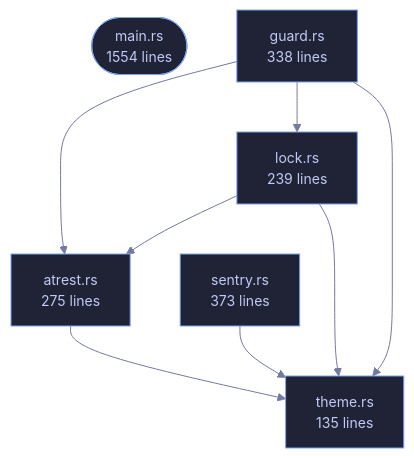
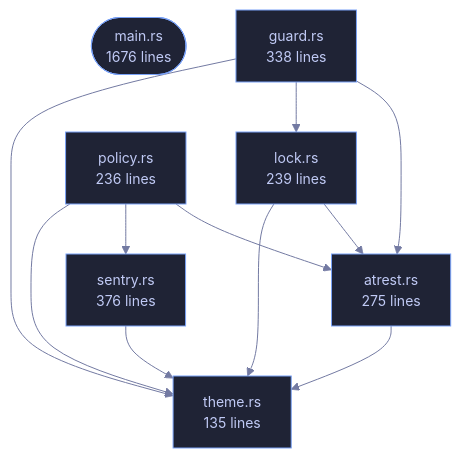
The diagram in wiki/Crate-veilvoice-cli.md (tilas01/veilvoice), drawn with Mermaid before and after one commit. The commit also changed other lines of this file and 68 other files, not shown here.

````diff
--- a/wiki/Crate-veilvoice-cli.md
+++ b/wiki/Crate-veilvoice-cli.md
@@ -75,23 +76,28 @@
 ```mermaid
 %%{init: {"theme":"base","themeVariables":{"background":"#1a1b26","primaryColor":"#1f2335","primaryTextColor":"#c0caf5","primaryBorderColor":"#7aa2f7","secondaryColor":"#16161e","tertiaryColor":"#16161e","lineColor":"#737aa2","textColor":"#c0caf5","mainBkg":"#1f2335","nodeBorder":"#7aa2f7","clusterBkg":"#16161e","clusterBorder":"#2f3549","fontFamily":"ui-monospace, SFMono-Regular, Consolas, monospace","fontSize":"14px"}}}%%
 flowchart TD
-    n_main(["main.rs<br/>1554 lines"])
+    n_main(["main.rs<br/>1676 lines"])
     n_atrest["atrest.rs<br/>275 lines"]
     n_guard["guard.rs<br/>338 lines"]
     n_lock["lock.rs<br/>239 lines"]
-    n_sentry["sentry.rs<br/>373 lines"]
+    n_policy["policy.rs<br/>236 lines"]
+    n_sentry["sentry.rs<br/>376 lines"]
     n_theme["theme.rs<br/>135 lines"]
     n_atrest --> n_theme
     n_guard --> n_atrest
     n_guard --> n_lock
     n_guard --> n_theme
     n_lock --> n_atrest
     n_lock --> n_theme
+    n_policy --> n_atrest
+    n_policy --> n_sentry
+    n_policy --> n_theme
     n_sentry --> n_theme
     click n_main href "https://github.com/tilas01/veilvoice/blob/main/crates/veilvoice-cli/src/main.rs" "open the source"
     click n_atrest href "https://github.com/tilas01/veilvoice/blob/main/crates/veilvoice-cli/src/atrest.rs" "open the source"
     click n_guard href "https://github.com/tilas01/veilvoice/blob/main/crates/veilvoice-cli/src/guard.rs" "open the source"
     click n_lock href "https://github.com/tilas01/veilvoice/blob/main/crates/veilvoice-cli/src/lock.rs" "open the source"
+    click n_policy href "https://github.com/tilas01/veilvoice/blob/main/crates/veilvoice-cli/src/policy.rs" "open the source"
     click n_sentry href "https://github.com/tilas01/veilvoice/blob/main/crates/veilvoice-cli/src/sentry.rs" "open the source"
     click n_theme href "https://github.com/tilas01/veilvoice/blob/main/crates/veilvoice-cli/src/theme.rs" "open the source"
 ```
````
